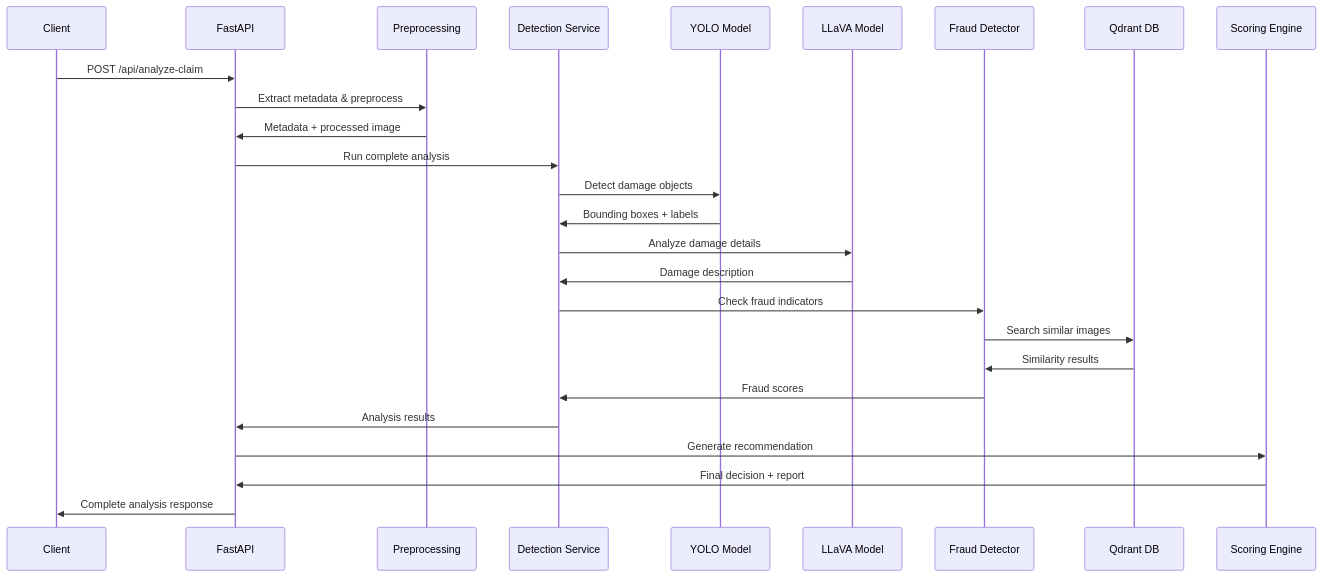
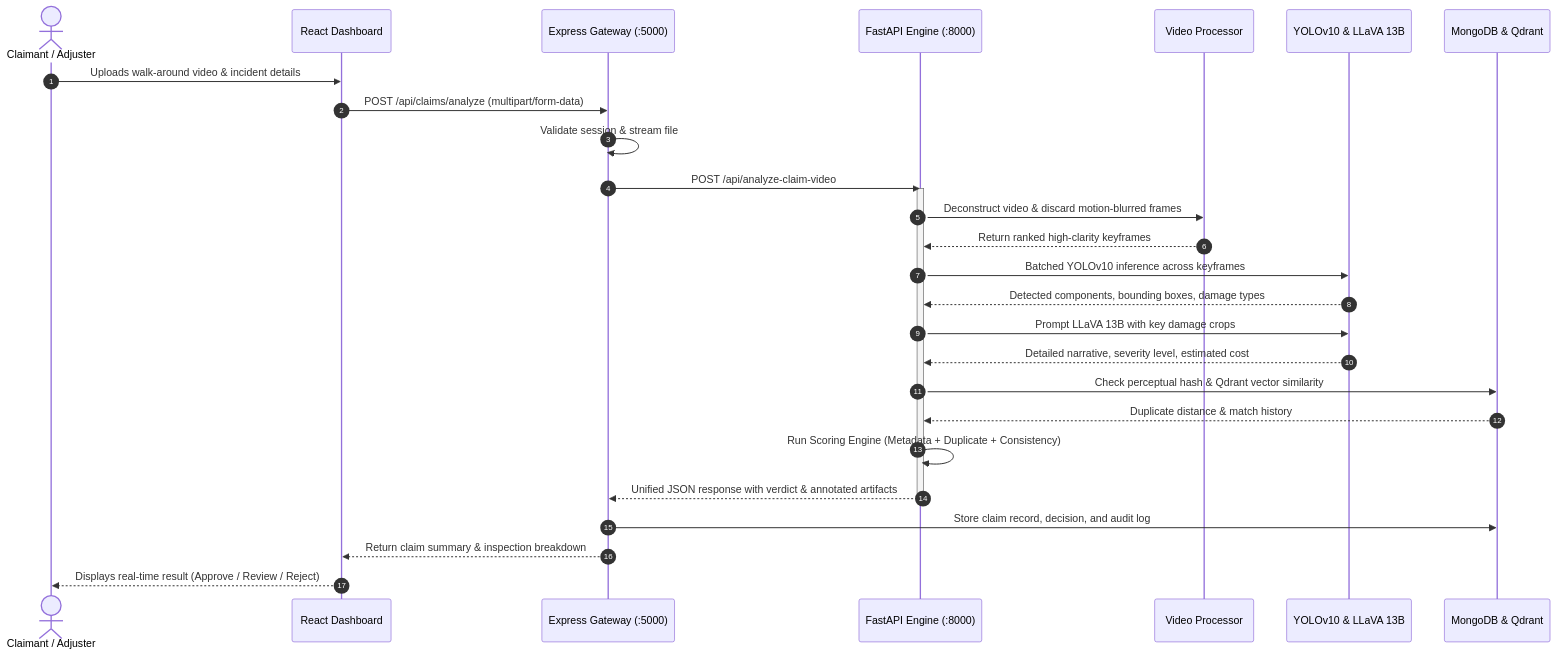
Before and after one commit to Kamraanmulani/InsureAutoAI: the third of 3 diagrams in README.md, drawn with Mermaid. The commit also changed other lines of this file, not shown here.

Commit message:
docs: revise README with full-stack architecture, walk-around video pipeline, and modern high-contrast diagrams

````diff
--- a/README.md
+++ b/README.md
@@ -149,33 +181,37 @@
 ```mermaid
 sequenceDiagram
-    participant C as Client
-    participant API as FastAPI
-    participant PP as Preprocessing
-    participant DS as Detection Service
-    participant YL as YOLO Model
-    participant LV as LLaVA Model
-    participant FD as Fraud Detector
-    participant QD as Qdrant DB
-    participant SE as Scoring Engine
+    autonumber
+    actor User as Claimant / Adjuster
+    participant Web as React Dashboard
+    participant API as Express Gateway (:5000)
+    participant ML as FastAPI Engine (:8000)
+    participant Video as Video Processor
+    participant AI as YOLOv10 & LLaVA 13B
+    participant DB as MongoDB & Qdrant
 
-    C->>API: POST /api/analyze-claim
-    API->>PP: Extract metadata & preprocess
-    PP->>API: Metadata + processed image
+    User->>Web: Uploads walk-around video & incident details
+    Web->>API: POST /api/claims/analyze (multipart/form-data)
+    API->>API: Validate session & stream file
+    API->>ML: POST /api/analyze-claim-video
     
-    API->>DS: Run complete analysis
-    DS->>YL: Detect damage objects
-    YL->>DS: Bounding boxes + labels
+    activate ML
+    ML->>Video: Deconstruct video & discard motion-blurred frames
+    Video-->>ML: Return ranked high-clarity keyframes
     
-    DS->>LV: Analyze damage details
-    LV->>DS: Damage description
+    ML->>AI: Batched YOLOv10 inference across keyframes
+    AI-->>ML: Detected components, bounding boxes, damage types
     
-    DS->>FD: Check fraud indicators
-    FD->>QD: Search similar images
-    QD->>FD: Similarity results
-    FD->>DS: Fraud scores
+    ML->>AI: Prompt LLaVA 13B with key damage crops
+    AI-->>ML: Detailed narrative, severity level, estimated cost
     
-    DS->>API: Analysis results
-    API->>SE: Generate recommendation
-    SE->>API: Final decision + report
-    API->>C: Complete analysis response
+    ML->>DB: Check perceptual hash & Qdrant vector similarity
+    DB-->>ML: Duplicate distance & match history
+    
+    ML->>ML: Run Scoring Engine (Metadata + Duplicate + Consistency)
+    ML-->>API: Unified JSON response with verdict & annotated artifacts
+    deactivate ML
+
+    API->>DB: Store claim record, decision, and audit log
+    API-->>Web: Return claim summary & inspection breakdown
+    Web-->>User: Displays real-time result (Approve / Review / Reject)
 ```
````
